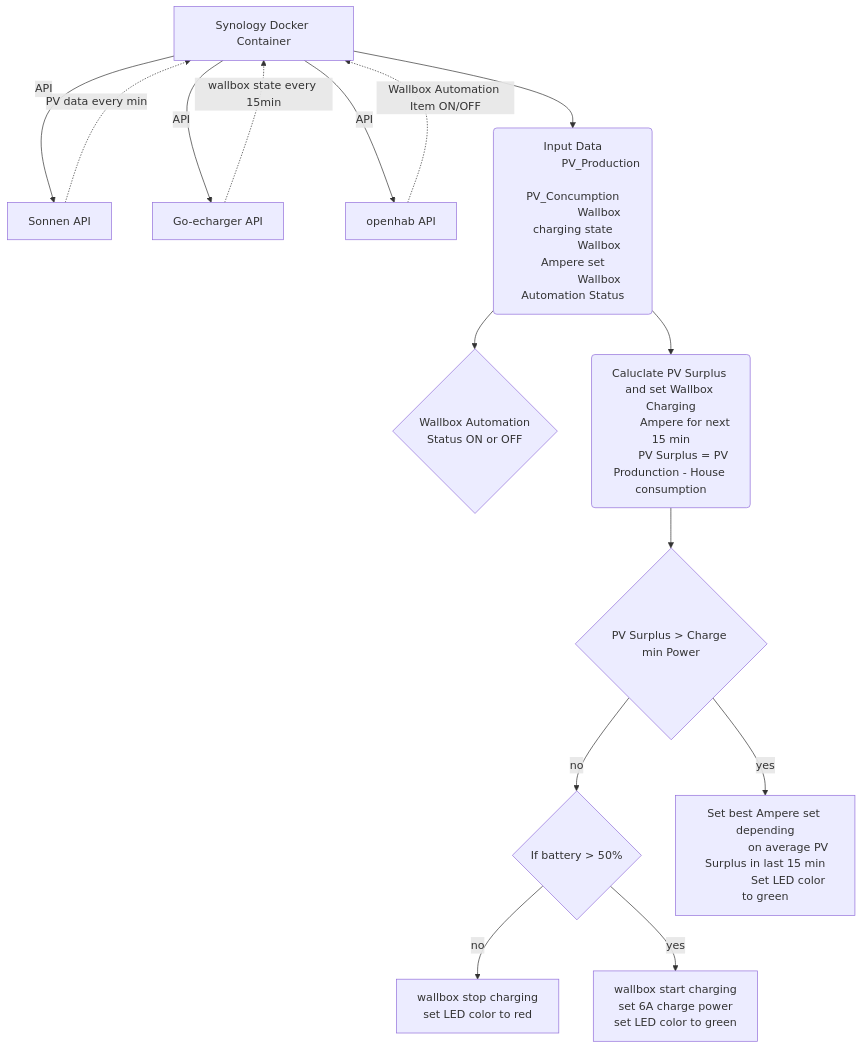
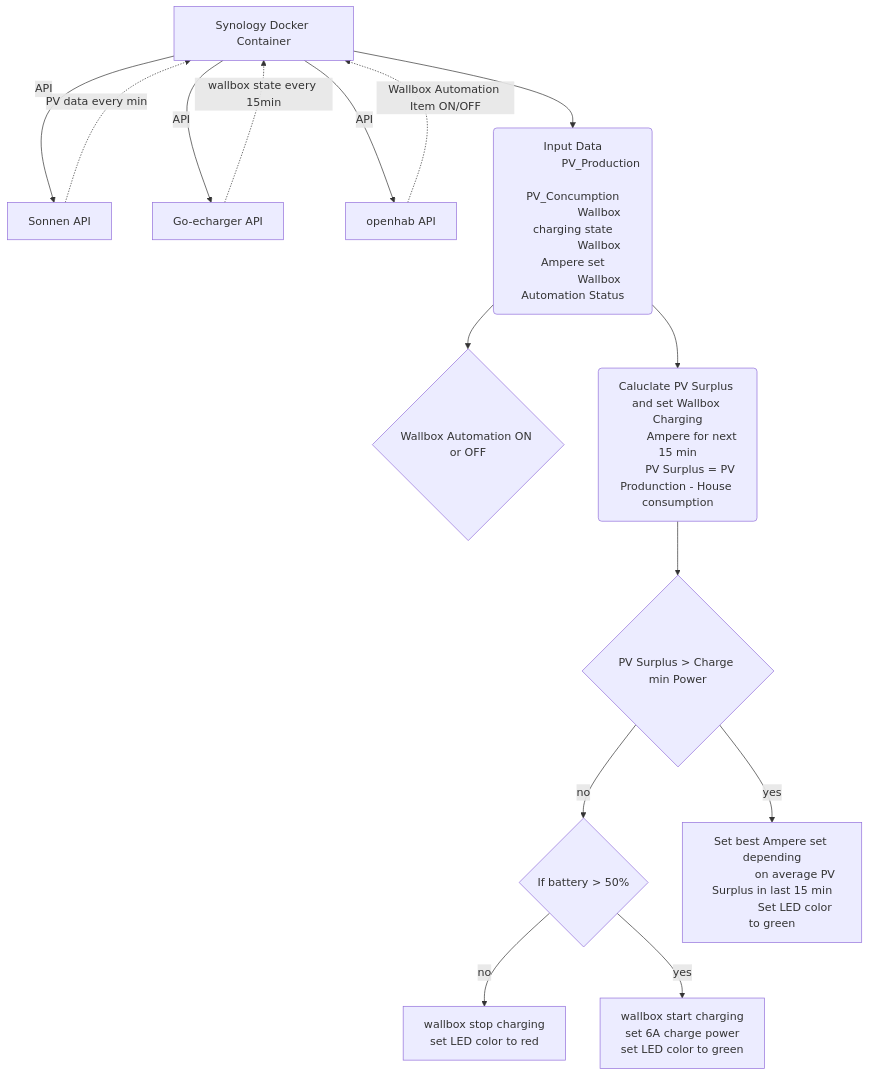
The diagram in README.md (schwabenschulle/pvcharger), drawn with Mermaid before and after one commit.

````diff
--- a/README.md
+++ b/README.md
@@ -22,31 +22,30 @@
 ```mermaid
 graph TD
 A[Synology Docker Container] -->|API| B[Sonnen API]
 B[Sonnen API] -.->|PV data every min| A[Synology Docker Container]
 A[Synology Docker Container] -->|API| C[Go-echarger API]
 C[Go-echarger API] -.->|wallbox state every 15min| A[Synology Docker Container]
 A[Synology Docker Container] -->|API| K[openhab API]
 K[openhab API] -.->|Wallbox Automation Item ON/OFF| A[Synology Docker Container]
 A[Synology Docker Container] -->D("Input Data
                 PV_Production
                 PV_Concumption
                 Wallbox charging state
                 Wallbox Ampere set
                 Wallbox Automation Status")
-D --> L{Wallbox Automation
-        Status ON or OFF}
+D --> L{Wallbox Automation ON or OFF}
 D --> E("Caluclate PV Surplus and set Wallbox Charging
          Ampere for next 15 min
         PV Surplus = PV Produnction - House consumption")
 E --> F{"PV Surplus > Charge min Power"}
 F -->|no| G{"If battery > 50%"}
 G --> |no| H["wallbox stop charging
              set LED color to red"]
 G -->|yes| I["wallbox start charging
               set 6A charge power
               set LED color to green"]
 F -->|yes| J["Set best Ampere set depending
               on average PV Surplus in last 15 min
               Set LED color to green"]
 
 ```
````
